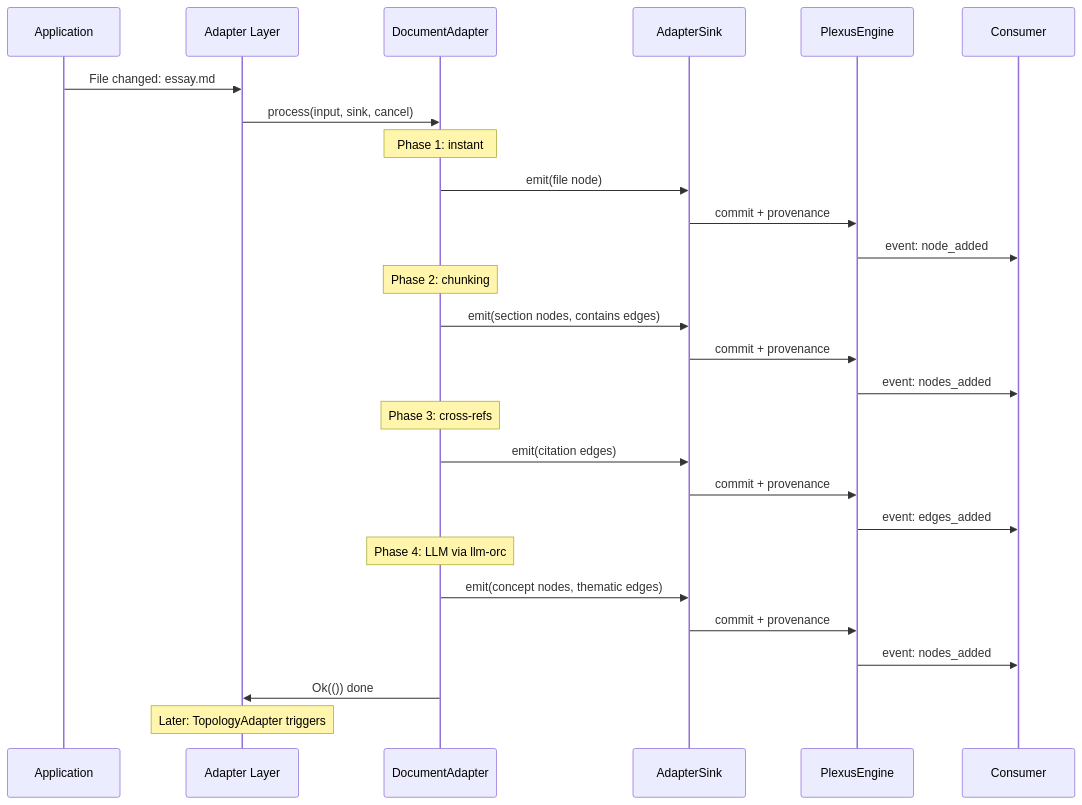
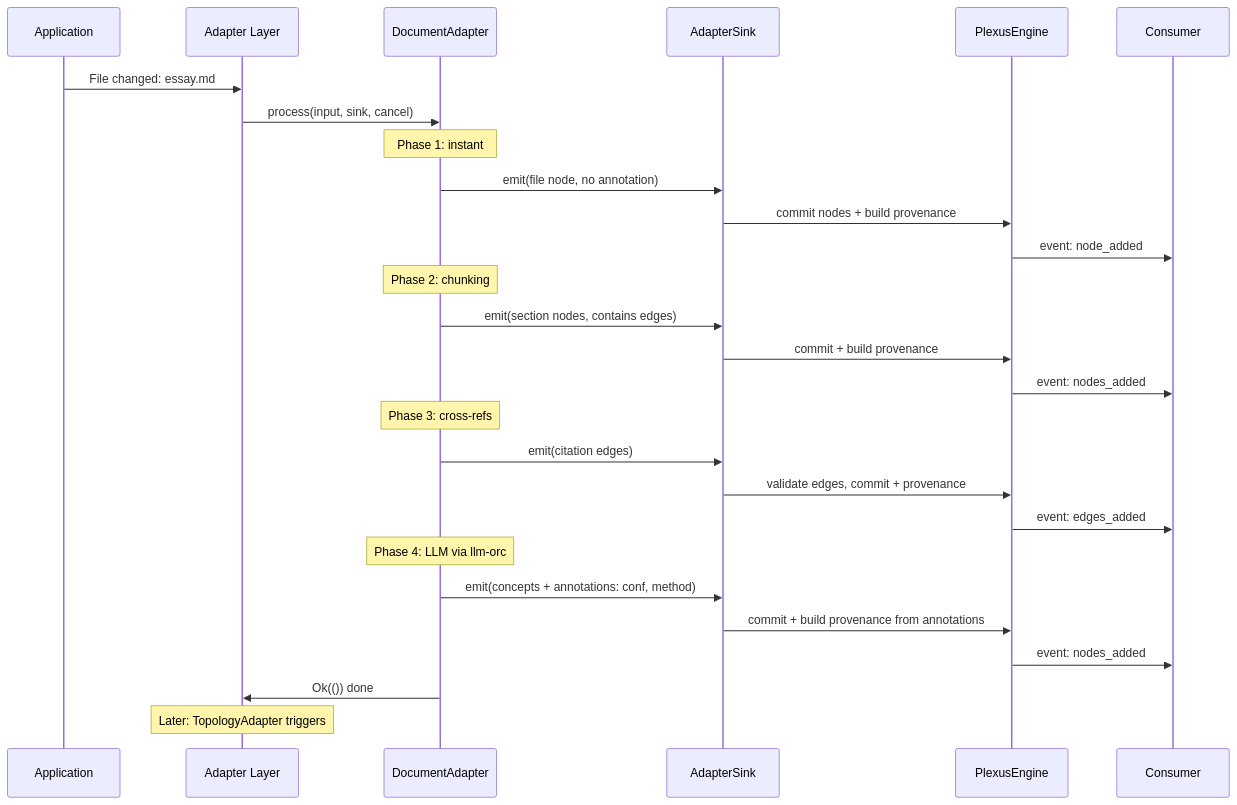
One commit to nrgforge/plexus changed the fourth of 10 diagrams in docs/semantic-adapters-design.md. Above: the diagram before and after it, drawn with Mermaid. The commit also changed other lines of this file and 1 other file, not shown here.

First line of the commit message:
docs: add provenance split, normalization model, events, and sink semantics

````diff
--- a/docs/semantic-adapters-design.md
+++ b/docs/semantic-adapters-design.md
@@ -221,36 +291,36 @@
 ```mermaid
 sequenceDiagram
     participant App as Application
     participant AL as Adapter Layer
     participant DA as DocumentAdapter
     participant Sink as AdapterSink
     participant Engine as PlexusEngine
     participant UI as Consumer
 
     App->>AL: File changed: essay.md
     AL->>DA: process(input, sink, cancel)
 
     Note over DA: Phase 1: instant
-    DA->>Sink: emit(file node)
-    Sink->>Engine: commit + provenance
+    DA->>Sink: emit(file node, no annotation)
+    Sink->>Engine: commit nodes + build provenance
     Engine->>UI: event: node_added
 
     Note over DA: Phase 2: chunking
     DA->>Sink: emit(section nodes, contains edges)
-    Sink->>Engine: commit + provenance
+    Sink->>Engine: commit + build provenance
     Engine->>UI: event: nodes_added
 
     Note over DA: Phase 3: cross-refs
     DA->>Sink: emit(citation edges)
-    Sink->>Engine: commit + provenance
+    Sink->>Engine: validate edges, commit + provenance
     Engine->>UI: event: edges_added
 
     Note over DA: Phase 4: LLM via llm-orc
-    DA->>Sink: emit(concept nodes, thematic edges)
-    Sink->>Engine: commit + provenance
+    DA->>Sink: emit(concepts + annotations: conf, method)
+    Sink->>Engine: commit + build provenance from annotations
     Engine->>UI: event: nodes_added
 
     DA->>AL: Ok(()) done
 
     Note over AL: Later: TopologyAdapter triggers
 ```
````
